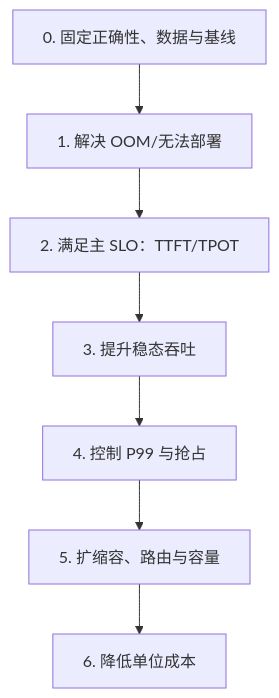
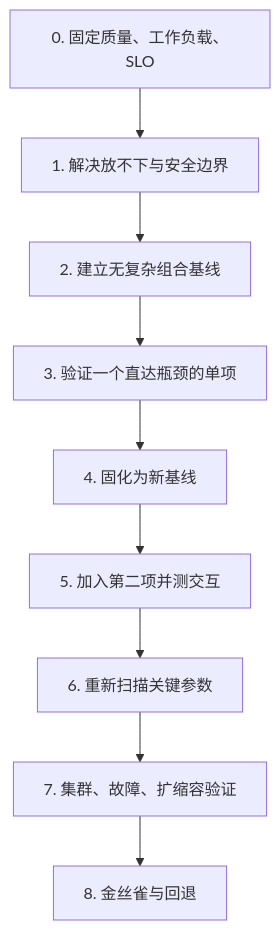
Before and after one commit to caomaolufei/AIInfraGuide: the third of 3 diagrams in docs/guides/模块四-推理优化/第11章-推理优化选型与端到端实战/11.2-优化组合注意事项.md, drawn with Mermaid. The commit also changed other lines of this file and 53 other files, not shown here.

````diff
--- a/docs/guides/模块四-推理优化/第11章-推理优化选型与端到端实战/11.2-优化组合注意事项.md
+++ b/docs/guides/模块四-推理优化/第11章-推理优化选型与端到端实战/11.2-优化组合注意事项.md
@@ -210,9 +894,11 @@
 ```mermaid
 flowchart TD
-    A["0. 固定正确性、数据与基线"] --> B["1. 解决 OOM/无法部署"]
-    B --> C["2. 满足主 SLO：TTFT/TPOT"]
-    C --> D["3. 提升稳态吞吐"]
-    D --> E["4. 控制 P99 与抢占"]
-    E --> F["5. 扩缩容、路由与容量"]
-    F --> G["6. 降低单位成本"]
+    A["0. 固定质量、工作负载、SLO"] --> B["1. 解决放不下与安全边界"]
+    B --> C["2. 建立无复杂组合基线"]
+    C --> D["3. 验证一个直达瓶颈的单项"]
+    D --> E["4. 固化为新基线"]
+    E --> F["5. 加入第二项并测交互"]
+    F --> G["6. 重新扫描关键参数"]
+    G --> H["7. 集群、故障、扩缩容验证"]
+    H --> I["8. 金丝雀与回退"]
 ```
````
